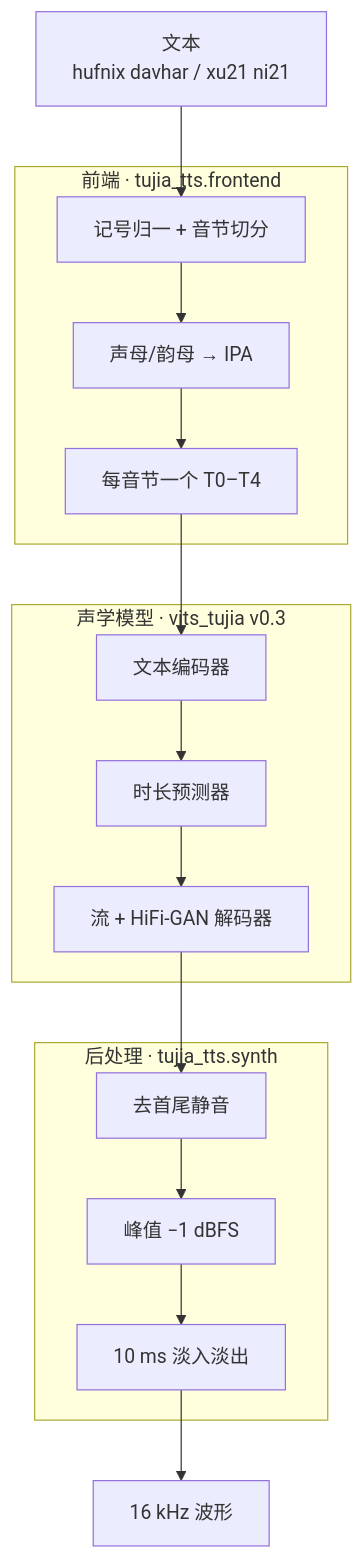
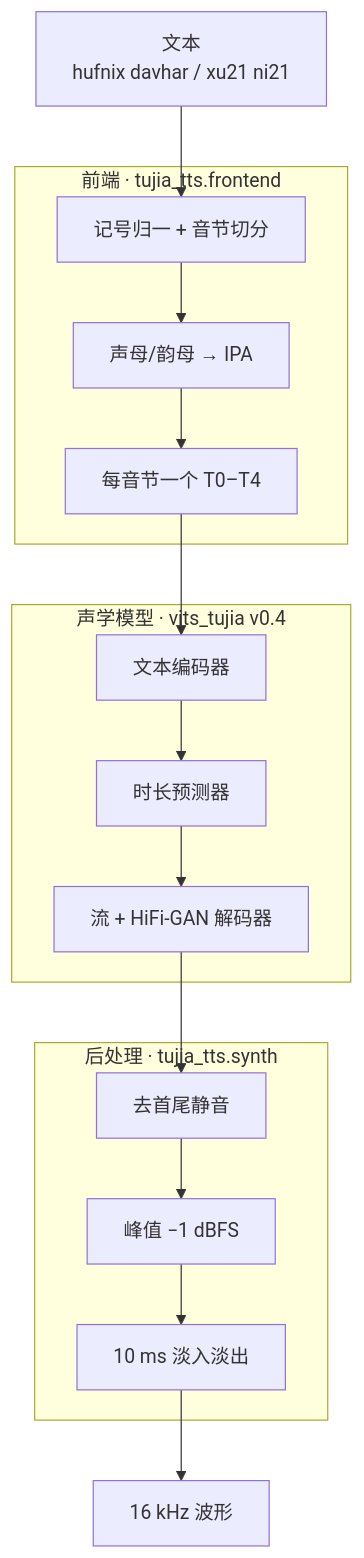
Before and after one commit to ibaibing/tujia-tts: the first of 2 diagrams in docs/note.md, drawn with Mermaid. The commit also changed other lines of this file and 17 other files, not shown here.

````diff
--- a/docs/note.md
+++ b/docs/note.md
@@ -40,19 +61,19 @@
 ```mermaid
 flowchart TB
   A["文本<br/>hufnix davhar / xu21 ni21"] --> B
   subgraph F["前端 · tujia_tts.frontend"]
     B["记号归一 + 音节切分"] --> C["声母/韵母 → IPA"]
     C --> D["每音节一个 T0–T4"]
   end
-  subgraph M["声学模型 · vits_tujia v0.3"]
+  subgraph M["声学模型 · vits_tujia v0.4"]
     E["文本编码器"] --> G["时长预测器"]
     G --> H["流 + HiFi-GAN 解码器"]
   end
   D --> E
   H --> I
   subgraph P["后处理 · tujia_tts.synth"]
     I["去首尾静音"] --> J["峰值 −1 dBFS"]
     J --> K["10 ms 淡入淡出"]
   end
   K --> L["16 kHz 波形"]
 ```
````
